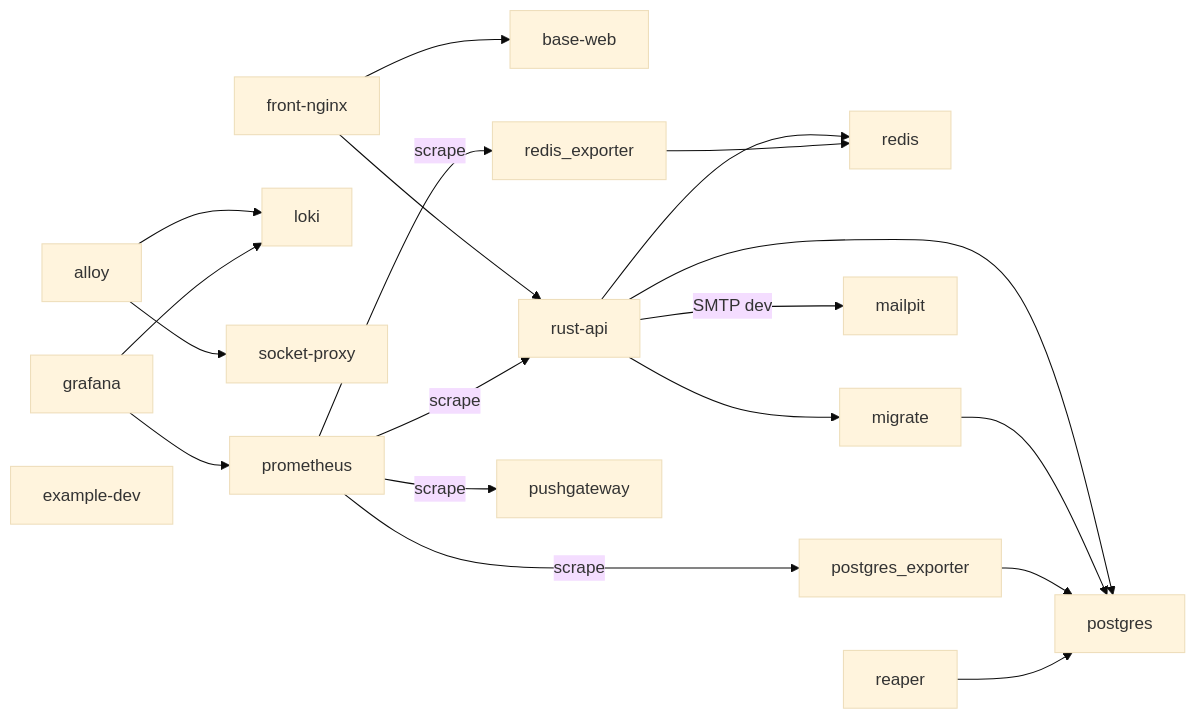
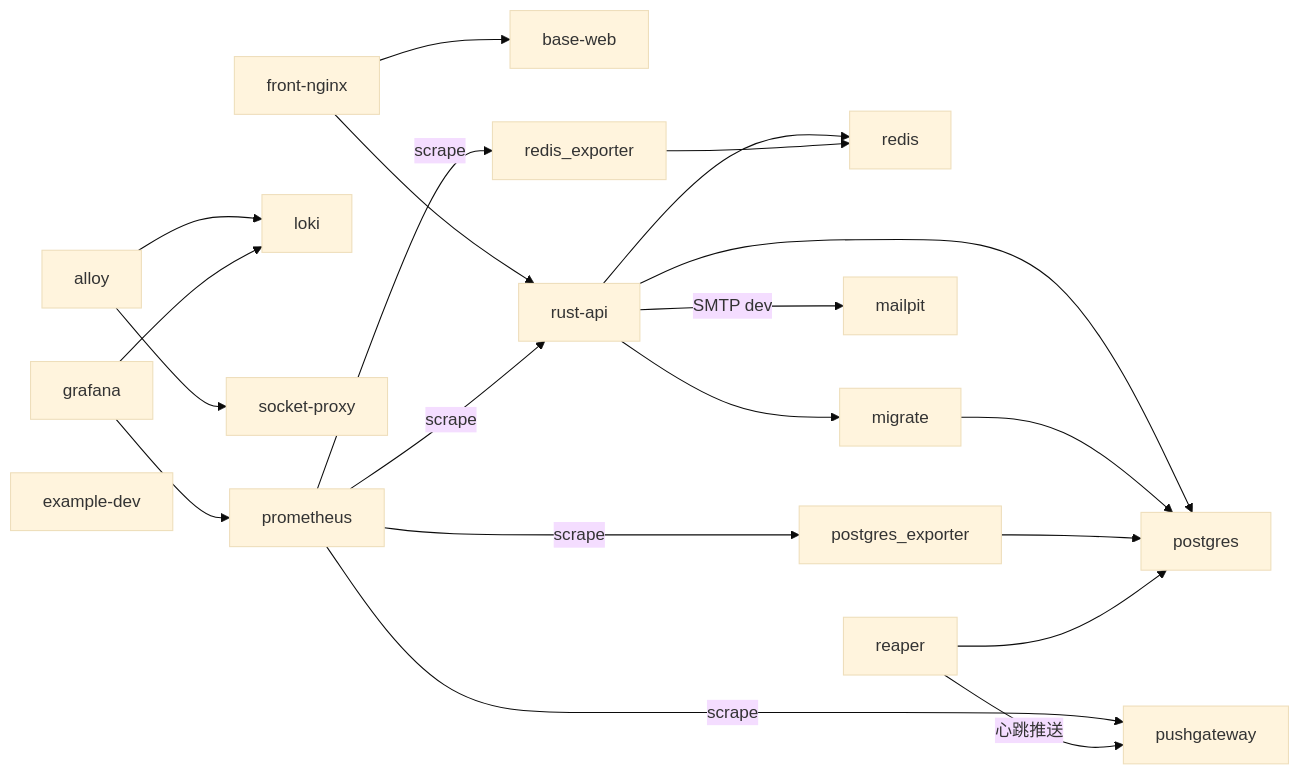
One commit to miso168net/fork260509-rev6 changed the diagram in docs/c4/C4-L2-container.md. Above: the diagram before and after it, drawn with Mermaid (base theme). The commit also changed other lines of this file and 18 other files, not shown here.

````diff
--- a/docs/c4/C4-L2-container.md
+++ b/docs/c4/C4-L2-container.md
@@ -5,22 +5,23 @@
 ```mermaid
 flowchart LR
   front_nginx["front-nginx"] --> base_web["base-web"]
   front_nginx --> rust_api["rust-api"]
   rust_api --> postgres["postgres"]
   rust_api --> redis["redis"]
   rust_api --> migrate["migrate"]
   migrate --> postgres
   rust_api -->|SMTP dev| mailpit["mailpit"]
   alloy["alloy"] --> loki["loki"]
   alloy --> socket_proxy["socket-proxy"]
   grafana["grafana"] --> loki
   grafana --> prometheus["prometheus"]
   prometheus -->|scrape| rust_api
   prometheus -->|scrape| postgres_exporter["postgres_exporter"]
   prometheus -->|scrape| redis_exporter["redis_exporter"]
   prometheus -->|scrape| pushgateway["pushgateway"]
   postgres_exporter --> postgres
   redis_exporter --> redis
   reaper["reaper"] --> postgres
+  reaper -->|心跳推送| pushgateway
   example_dev["example-dev"]
 ```
````
